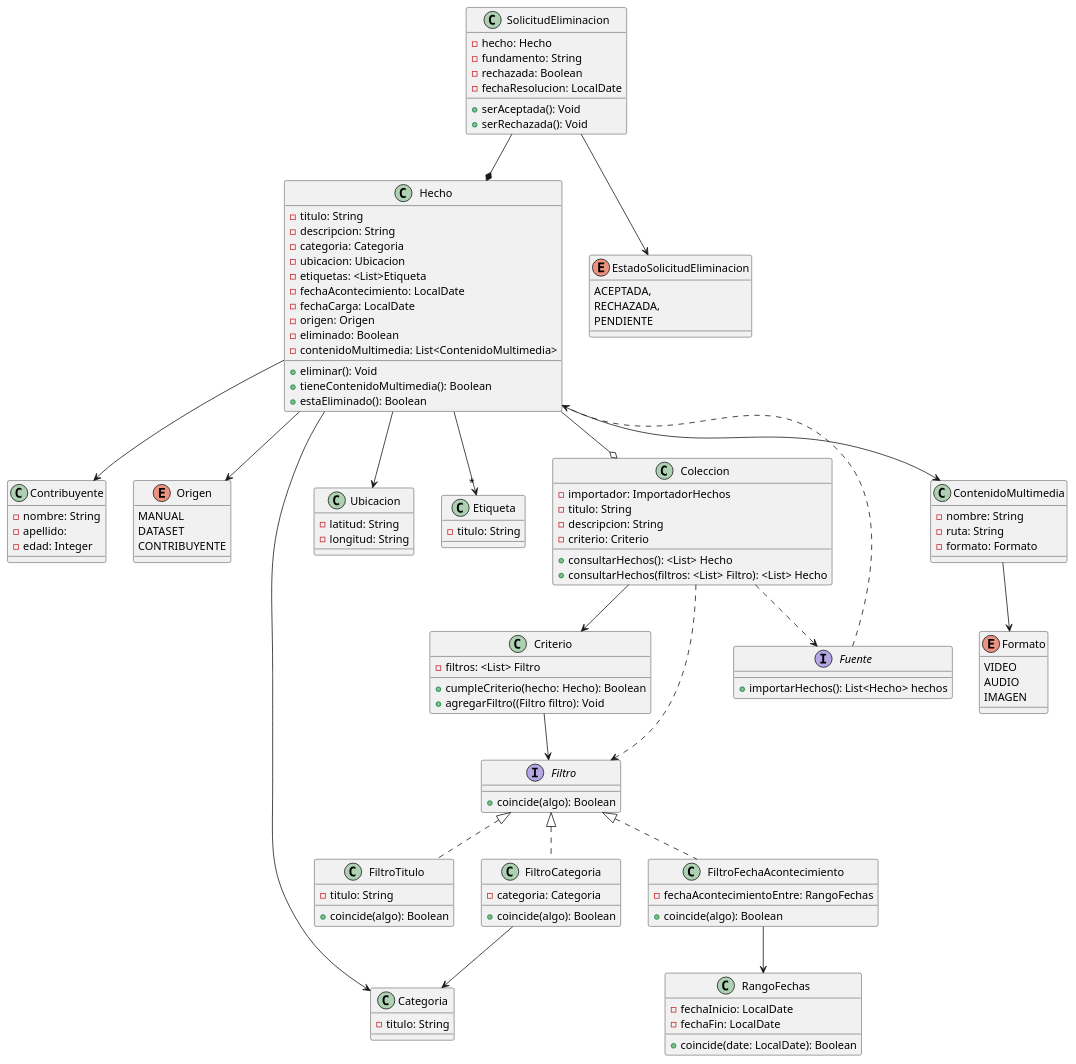
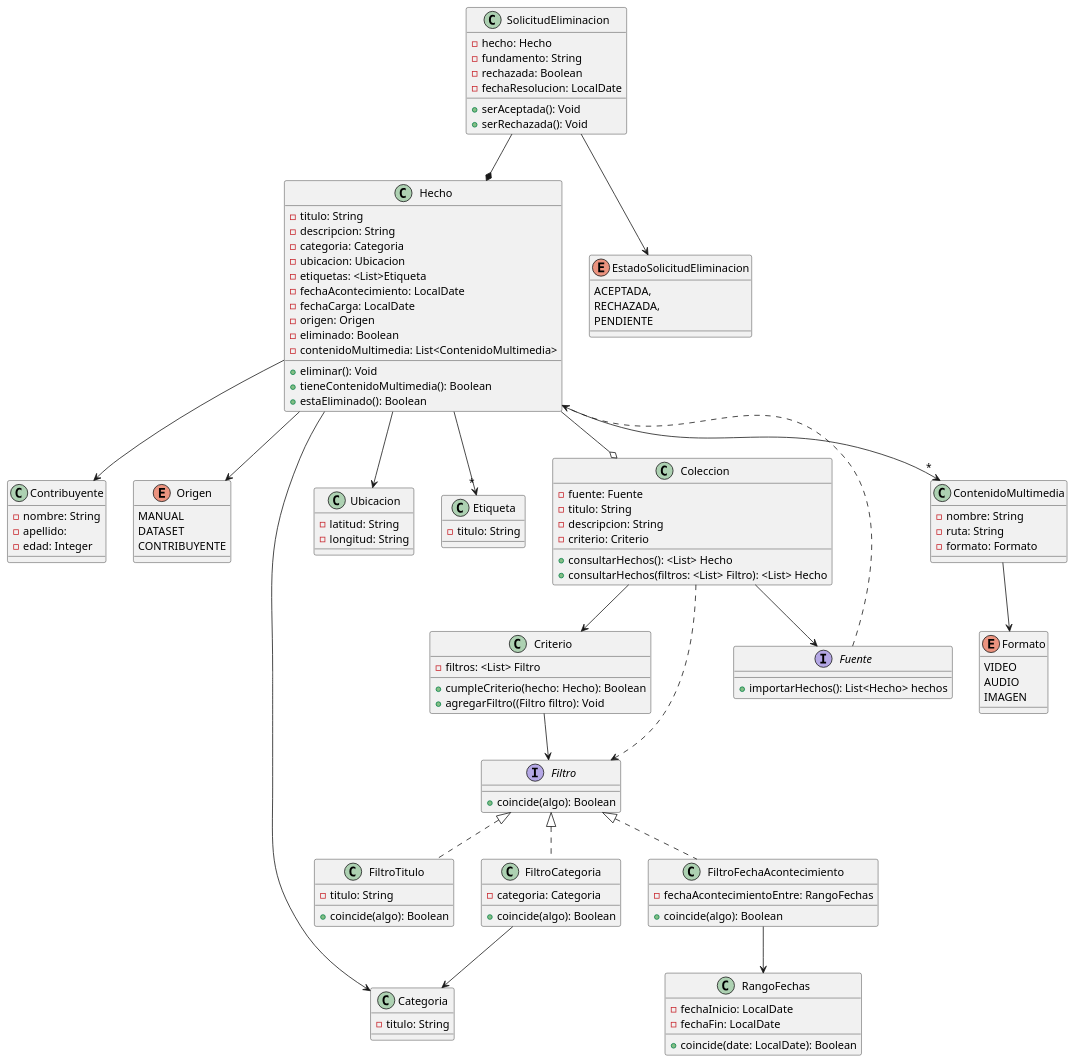
The diagram in DiagramaDeClases-1°Entrega.puml (BrunoRodriguezzz/tp-dsi), drawn with PlantUML before and after one commit.

Commit message:
fix: diagrama de clases (relacion coleccion - fuente)

```diff
--- a/DiagramaDeClases-1°Entrega.puml
+++ b/DiagramaDeClases-1°Entrega.puml
@@ -1,152 +1,152 @@
     @startuml
 'Hecho
 Hecho --> Contribuyente
 Hecho --> Origen
 Hecho --> Categoria
 Hecho --> Ubicacion
 Hecho -->"*" Etiqueta
 Hecho --o Coleccion
-Hecho --> ContenidoMultimedia
+Hecho -->"*" ContenidoMultimedia
 
 'Solicitudes de Eliminacion
 SolicitudEliminacion --* Hecho
 SolicitudEliminacion --> EstadoSolicitudEliminacion
 
 'Colecciones
 Coleccion --> Criterio
 Coleccion ..> Filtro
 
 'Fuente
-Coleccion ..> Fuente
+Coleccion --> Fuente
 Fuente ..> Hecho
 
 'Criterio
 Criterio --> Filtro
 
 'ElementoCriterio
 Filtro <|.. FiltroTitulo
 Filtro <|.. FiltroCategoria
 Filtro <|.. FiltroFechaAcontecimiento
 
 'Estrategias
 FiltroCategoria --> Categoria
 FiltroFechaAcontecimiento --> RangoFechas
 
 'Contenido Multimedia
 ContenidoMultimedia --> Formato
 
 class Contribuyente {
     -nombre: String
     -apellido:
     -edad: Integer
 }
 
 enum EstadoSolicitudEliminacion {
     ACEPTADA,
     RECHAZADA,
     PENDIENTE
 }
 
 class ContenidoMultimedia {
     -nombre: String
     -ruta: String
     -formato: Formato
 }
 
 enum Formato {
     VIDEO
     AUDIO
     IMAGEN
 }
 
 class Hecho {
     -titulo: String
     -descripcion: String
     -categoria: Categoria
     -ubicacion: Ubicacion
     -etiquetas: <List>Etiqueta
     -fechaAcontecimiento: LocalDate
     -fechaCarga: LocalDate
     -origen: Origen
     -eliminado: Boolean
     -contenidoMultimedia: List<ContenidoMultimedia>
     +eliminar(): Void
     +tieneContenidoMultimedia(): Boolean
     +estaEliminado(): Boolean
 }
 
 interface Fuente {
     +importarHechos(): List<Hecho> hechos
 }
 
 class Etiqueta {
     -titulo: String
 }
 
 enum Origen {
     MANUAL
     DATASET
     CONTRIBUYENTE
 }
 
 class Categoria {
     -titulo: String
 }
 
 class Ubicacion {
     -latitud: String
     -longitud: String
 }
 
 class SolicitudEliminacion {
     -hecho: Hecho
     -fundamento: String
     -rechazada: Boolean
     -fechaResolucion: LocalDate
     +serAceptada(): Void
     +serRechazada(): Void
 }
 
 class Coleccion {
-    -importador: ImportadorHechos
+    -fuente: Fuente
     -titulo: String
     -descripcion: String
     -criterio: Criterio
     'Solo para representar overload
     +consultarHechos(): <List> Hecho
     +consultarHechos(filtros: <List> Filtro): <List> Hecho
 }
 
 class Criterio{
     -filtros: <List> Filtro
 
     +cumpleCriterio(hecho: Hecho): Boolean
     +agregarFiltro((Filtro filtro): Void
 }
 
 class RangoFechas {
     -fechaInicio: LocalDate
     -fechaFin: LocalDate
     +coincide(date: LocalDate): Boolean
 }
 
 interface Filtro{
     +coincide(algo): Boolean
 }
 
 class FiltroTitulo{
     -titulo: String
     +coincide(algo): Boolean
 }
 
 class FiltroFechaAcontecimiento{
     -fechaAcontecimientoEntre: RangoFechas
     +coincide(algo): Boolean
 }
 
 class FiltroCategoria{
     -categoria: Categoria
     +coincide(algo): Boolean
 }
 
 @enduml
```
